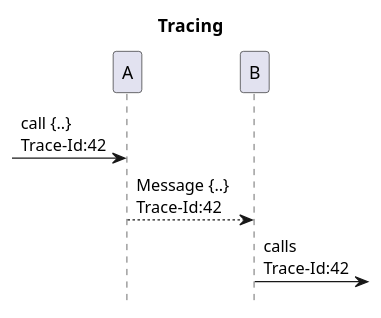
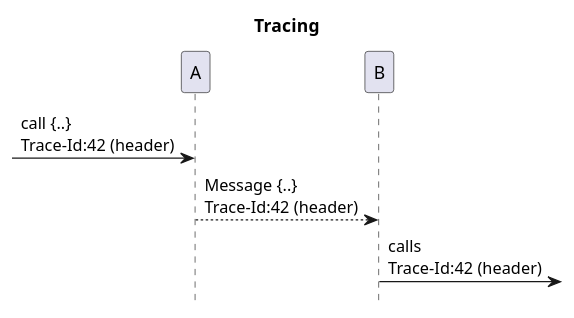
Before and after one commit to victorrentea/kafka: the diagram in patterns/8_tracing.puml, drawn with PlantUML. The commit also changed 33 other files, not shown here.

```diff
--- a/patterns/8_tracing.puml
+++ b/patterns/8_tracing.puml
@@ -1,8 +1,8 @@
 @startuml
 title Tracing
 hide footbox
 
-->A:call {..} \nTrace-Id:42
-A-->B: Message {..} \nTrace-Id:42
-B->:calls \nTrace-Id:42
+->A:call {..} \nTrace-Id:42 (header)
+A-->B: Message {..} \nTrace-Id:42 (header)
+B->:calls \nTrace-Id:42 (header)
 @enduml
```
